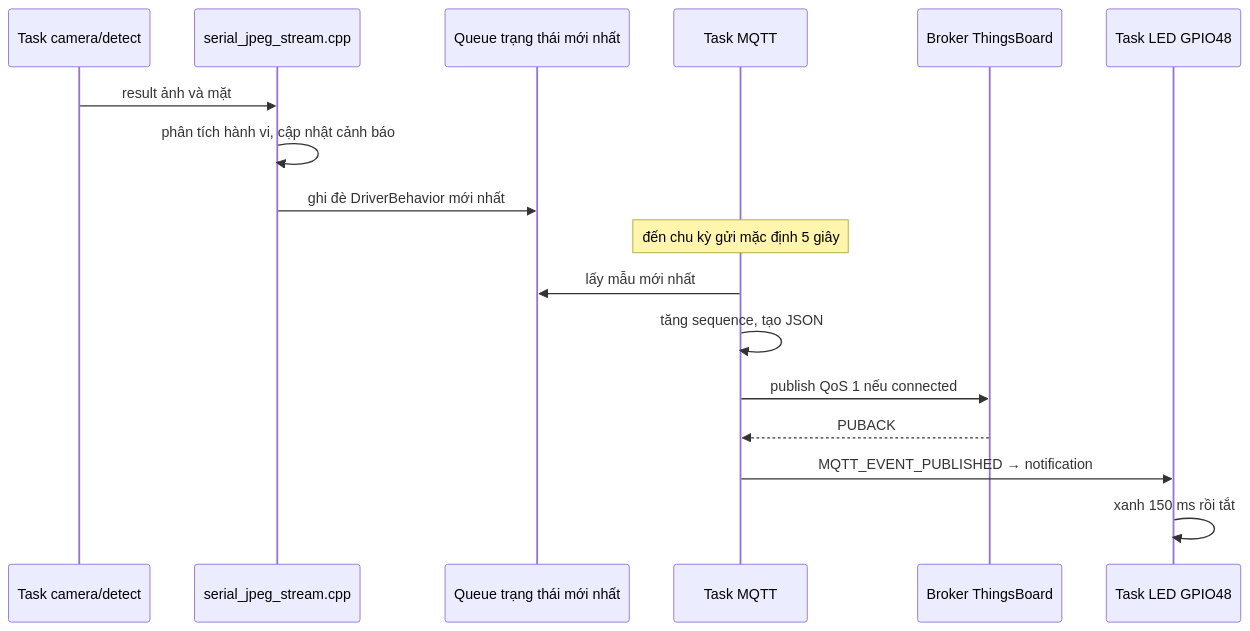
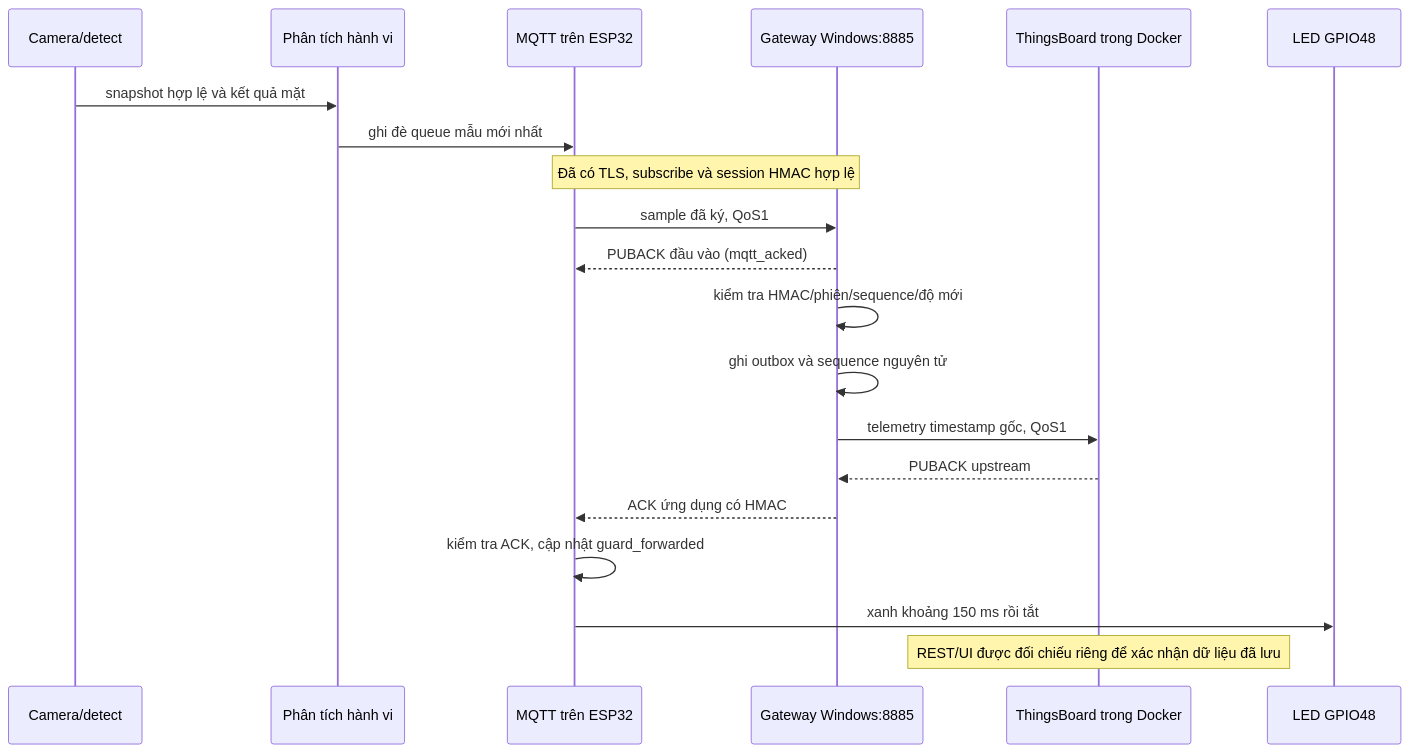
The diagram in docs/GIAI_THICH_TUNG_FILE.md (Kanj3eNguyen/BTL_IOT), drawn with Mermaid before and after one commit. The commit also changed other lines of this file and 25 other files, not shown here.

````diff
--- a/docs/GIAI_THICH_TUNG_FILE.md
+++ b/docs/GIAI_THICH_TUNG_FILE.md
@@ -1217,19 +1286,22 @@
 ```mermaid
 sequenceDiagram
-    participant Cam as Task camera/detect
-    participant Stream as serial_jpeg_stream.cpp
-    participant Queue as Queue trạng thái mới nhất
-    participant MQTT as Task MQTT
-    participant Broker as Broker ThingsBoard
-    participant LED as Task LED GPIO48
-    Cam->>Stream: result ảnh và mặt
-    Stream->>Stream: phân tích hành vi, cập nhật cảnh báo
-    Stream->>Queue: ghi đè DriverBehavior mới nhất
-    Note over MQTT: đến chu kỳ gửi mặc định 5 giây
-    MQTT->>Queue: lấy mẫu mới nhất
-    MQTT->>MQTT: tăng sequence, tạo JSON
-    MQTT->>Broker: publish QoS 1 nếu connected
-    Broker-->>MQTT: PUBACK
-    MQTT->>LED: MQTT_EVENT_PUBLISHED → notification
-    LED->>LED: xanh 150 ms rồi tắt
+    participant Cam as Camera/detect
+    participant Stream as Phân tích hành vi
+    participant MQTT as MQTT trên ESP32
+    participant Guard as Gateway Windows:8885
+    participant TB as ThingsBoard trong Docker
+    participant LED as LED GPIO48
+    Cam->>Stream: snapshot hợp lệ và kết quả mặt
+    Stream->>MQTT: ghi đè queue mẫu mới nhất
+    Note over MQTT,Guard: Đã có TLS, subscribe và session HMAC hợp lệ
+    MQTT->>Guard: sample đã ký, QoS1
+    Guard-->>MQTT: PUBACK đầu vào (mqtt_acked)
+    Guard->>Guard: kiểm tra HMAC/phiên/sequence/độ mới
+    Guard->>Guard: ghi outbox và sequence nguyên tử
+    Guard->>TB: telemetry timestamp gốc, QoS1
+    TB-->>Guard: PUBACK upstream
+    Guard-->>MQTT: ACK ứng dụng có HMAC
+    MQTT->>MQTT: kiểm tra ACK, cập nhật guard_forwarded
+    MQTT->>LED: xanh khoảng 150 ms rồi tắt
+    Note over TB: REST/UI được đối chiếu riêng để xác nhận dữ liệu đã lưu
 ```
````
